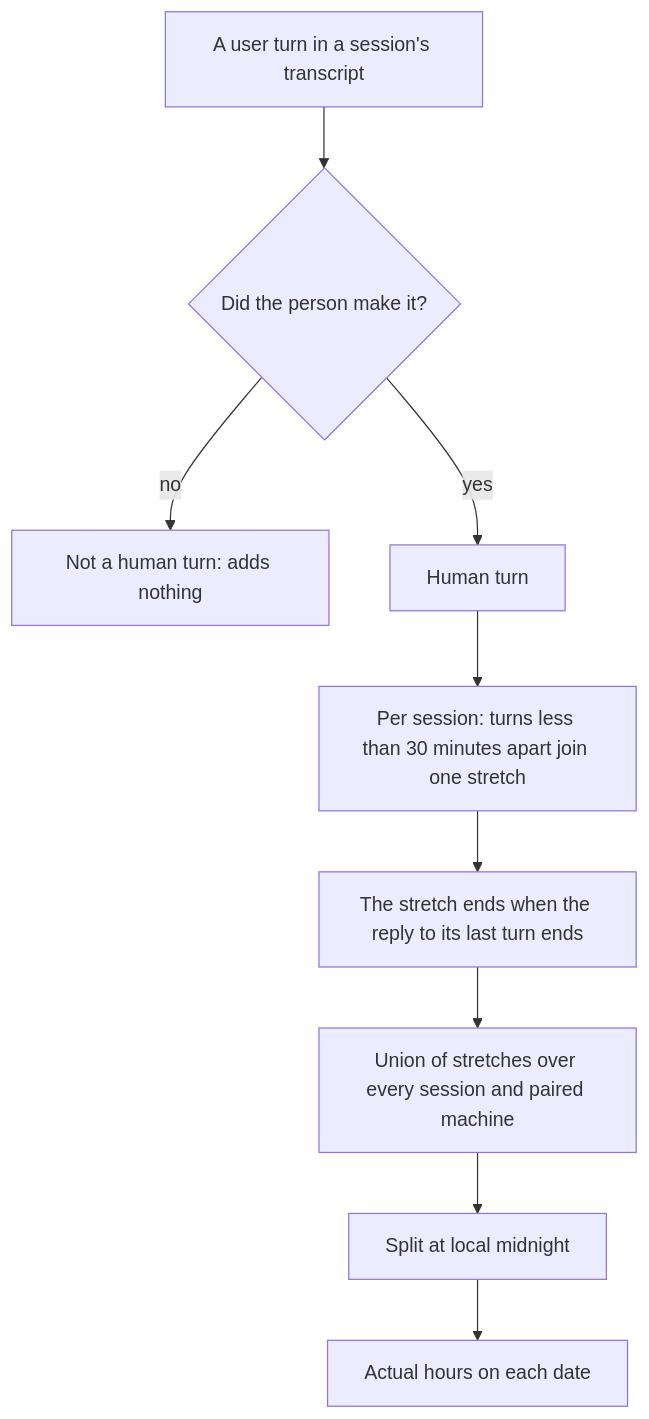
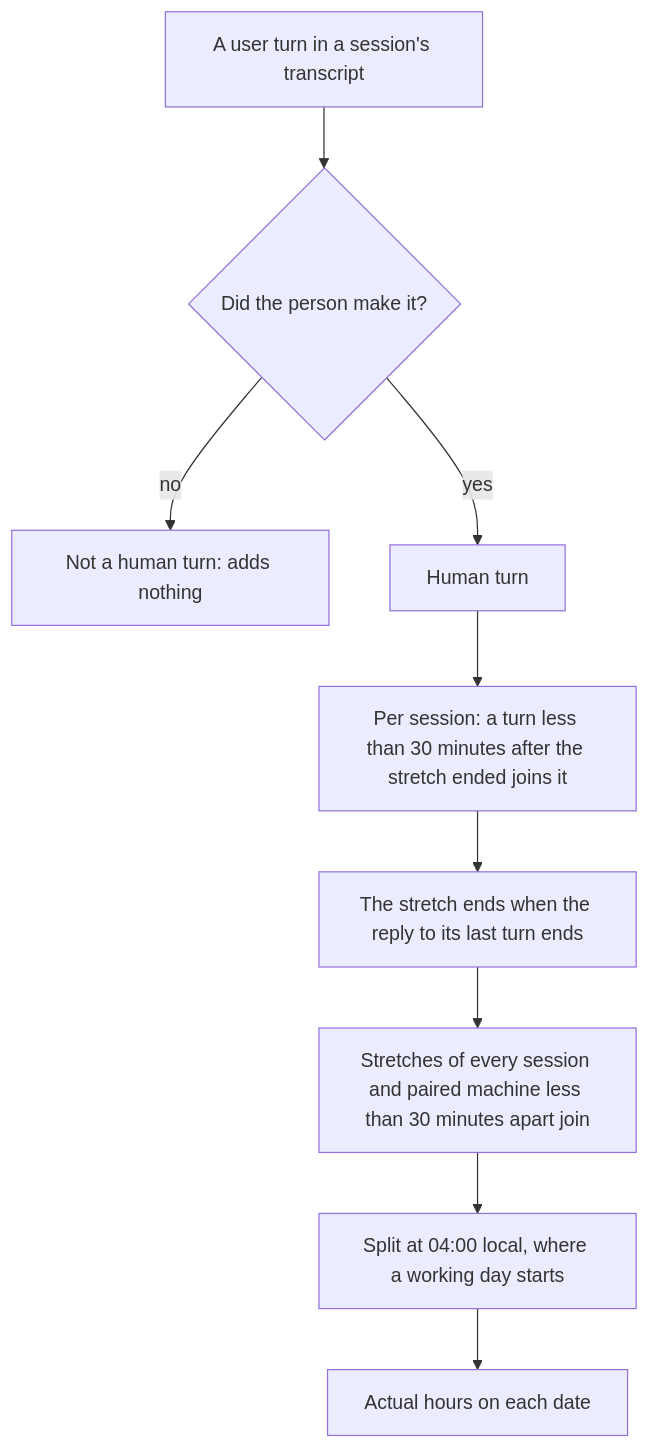
One commit to JSdotNet/Backlog changed the second of 5 diagrams in .devbook/arc42/adr/0019-roadmap-counts-the-working-week.md. Above: the diagram before and after it, drawn with Mermaid. The commit also changed other lines of this file and 21 other files, not shown here.

First line of the commit message:
feat(roadmap): count working days 04:00-04:00, join stretches from the answer and across sessions, add an hours report

````diff
--- a/.devbook/arc42/adr/0019-roadmap-counts-the-working-week.md
+++ b/.devbook/arc42/adr/0019-roadmap-counts-the-working-week.md
@@ -348,11 +363,11 @@
 ```mermaid
 flowchart TD
     A["A user turn in a session's transcript"] --> B{"Did the person make it?"}
     B -- no --> X["Not a human turn: adds nothing"]
     B -- yes --> C["Human turn"]
-    C --> D["Per session: turns less than 30 minutes apart join one stretch"]
+    C --> D["Per session: a turn less than 30 minutes after the stretch ended joins it"]
     D --> E["The stretch ends when the reply to its last turn ends"]
-    E --> F["Union of stretches over every session and paired machine"]
-    F --> G["Split at local midnight"]
+    E --> F["Stretches of every session and paired machine less than 30 minutes apart join"]
+    F --> G["Split at 04:00 local, where a working day starts"]
     G --> H["Actual hours on each date"]
 ```
````
